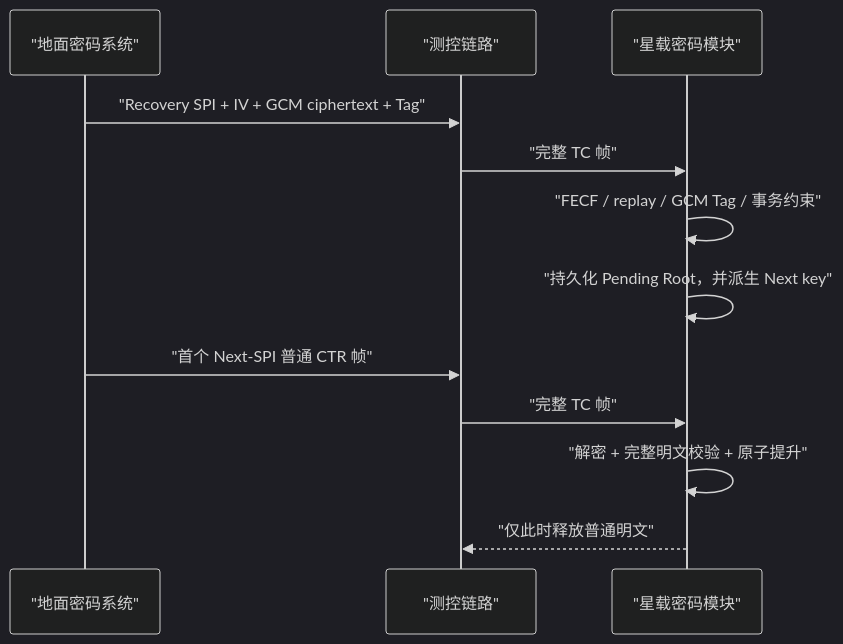
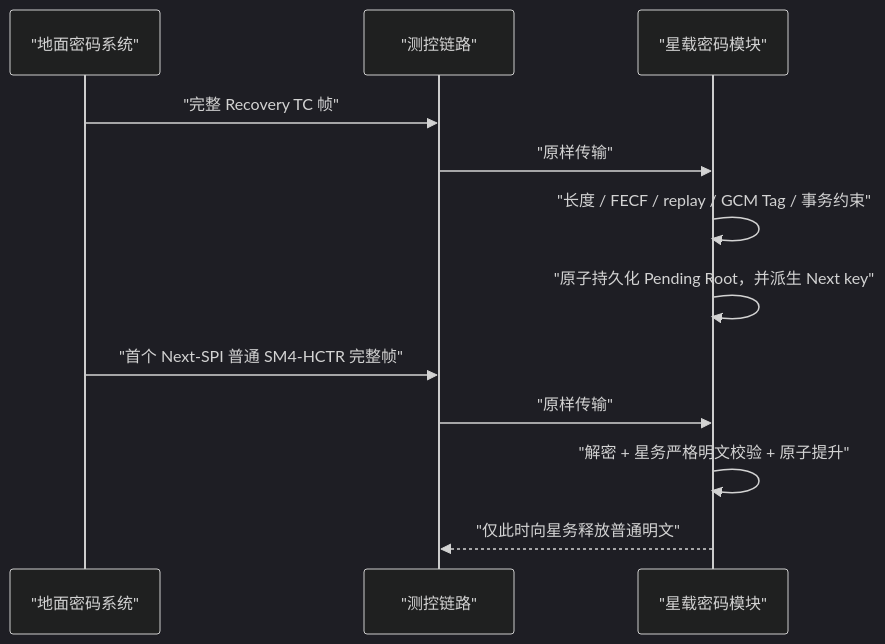
Before and after one commit to HangzeGao/key-vault: the diagram in baseline/docs/TC_RECOVERY_PROFILE.md, drawn with Mermaid (dark theme). The commit also changed other lines of this file and 46 other files, not shown here.

````diff
--- a/baseline/docs/TC_RECOVERY_PROFILE.md
+++ b/baseline/docs/TC_RECOVERY_PROFILE.md
@@ -25,14 +33,14 @@
 ```mermaid
 sequenceDiagram
     participant G as "地面密码系统"
     participant M as "测控链路"
     participant F as "星载密码模块"
-    G->>M: "Recovery SPI + IV + GCM ciphertext + Tag"
-    M->>F: "完整 TC 帧"
-    F->>F: "FECF / replay / GCM Tag / 事务约束"
-    F->>F: "持久化 Pending Root，并派生 Next key"
-    G->>M: "首个 Next-SPI 普通 CTR 帧"
-    M->>F: "完整 TC 帧"
-    F->>F: "解密 + 完整明文校验 + 原子提升"
-    F-->>M: "仅此时释放普通明文"
+    G->>M: "完整 Recovery TC 帧"
+    M->>F: "原样传输"
+    F->>F: "长度 / FECF / replay / GCM Tag / 事务约束"
+    F->>F: "原子持久化 Pending Root，并派生 Next key"
+    G->>M: "首个 Next-SPI 普通 SM4-HCTR 完整帧"
+    M->>F: "原样传输"
+    F->>F: "解密 + 星务严格明文校验 + 原子提升"
+    F-->>M: "仅此时向星务释放普通明文"
 ```
````
